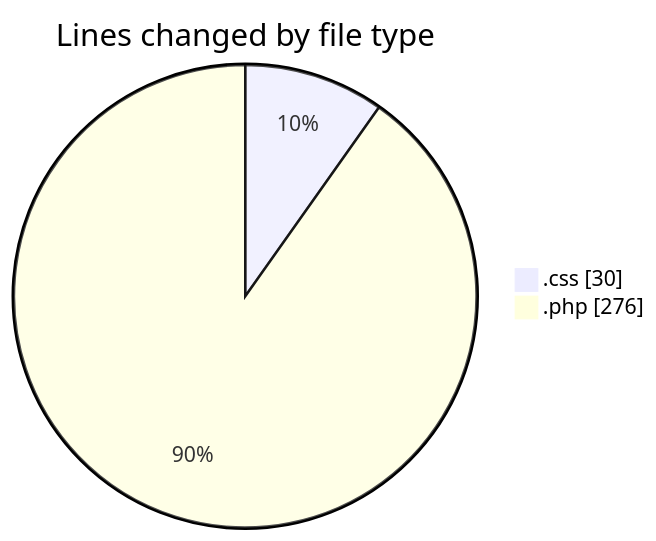
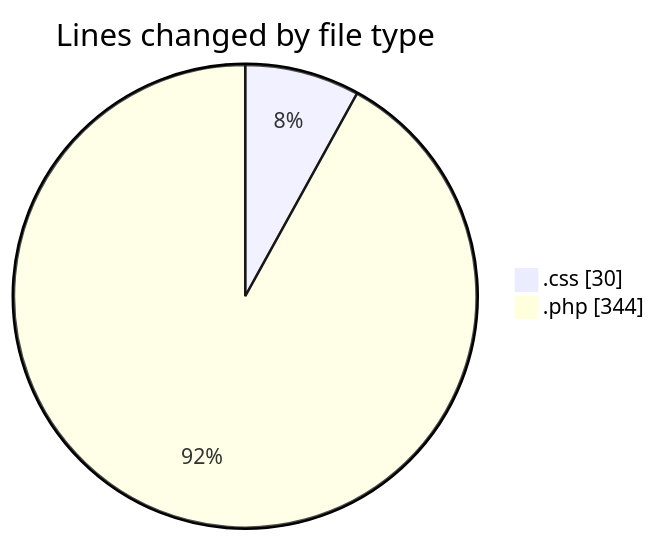
Before and after one commit to momahboobian/code-tracking: the first of 2 diagrams in 2026-03-20/designexo-child/README.md, drawn with Mermaid. The commit also changed other lines of this file and 1 other file, not shown here.

````diff
--- a/2026-03-20/designexo-child/README.md
+++ b/2026-03-20/designexo-child/README.md
@@ -23,6 +25,6 @@
 ```mermaid
 pie showData
 title Lines changed by file type
 ".css" : 30
-".php" : 276
+".php" : 344
 ```
````
